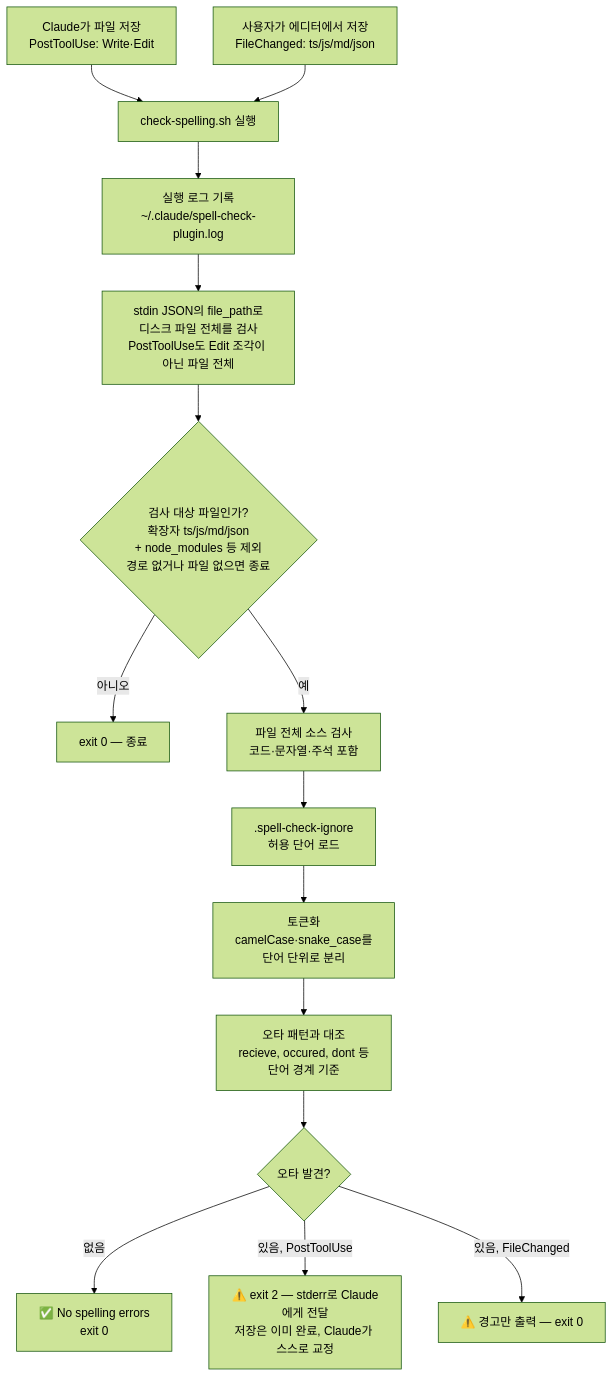
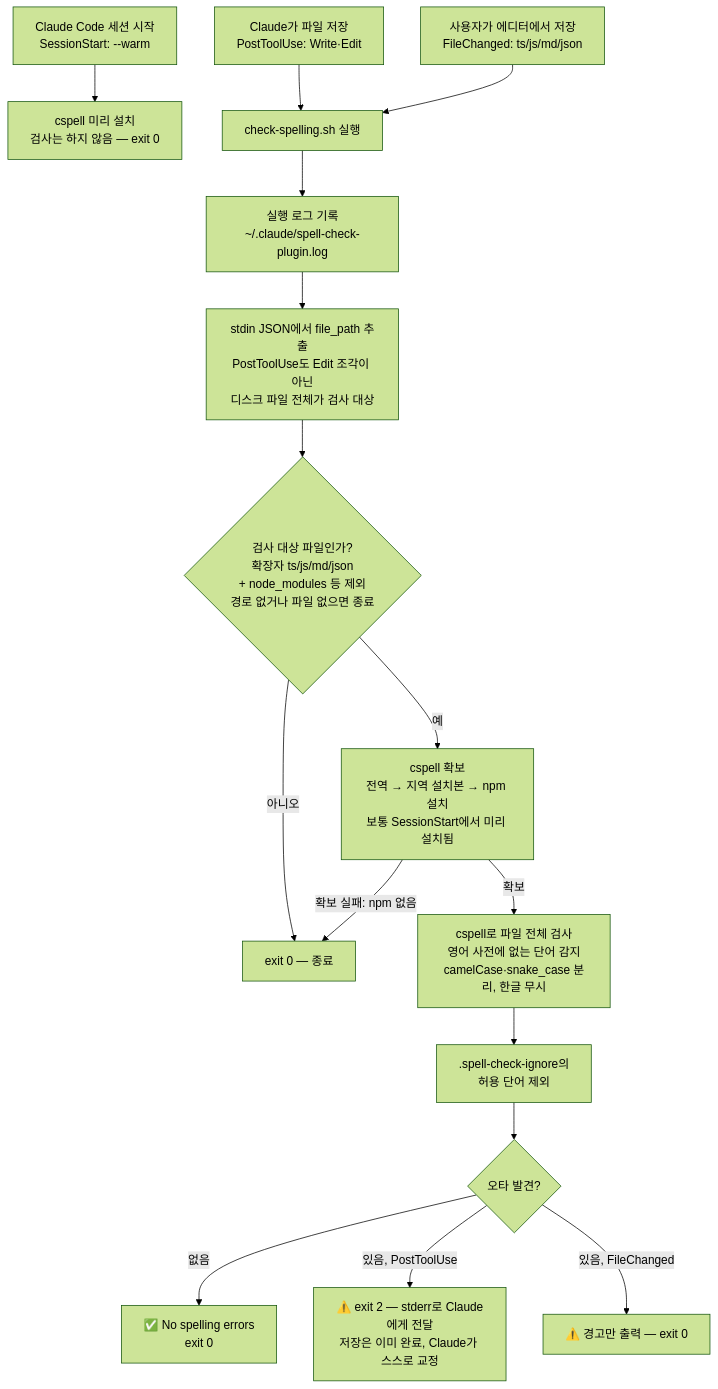
Before and after one commit to simjieun/spell-check-plugin: the diagram in README.md, drawn with Mermaid (forest theme). The commit also changed other lines of this file and 7 other files, not shown here.

````diff
--- a/README.md
+++ b/README.md
@@ -100,17 +100,18 @@
 ```mermaid
 flowchart TD
+    A0[Claude Code 세션 시작<br/>SessionStart: --warm] --> W[cspell 미리 설치<br/>검사는 하지 않음 — exit 0]
     A1[Claude가 파일 저장<br/>PostToolUse: Write·Edit] --> B[check-spelling.sh 실행]
     A2[사용자가 에디터에서 저장<br/>FileChanged: ts/js/md/json] --> B
     B --> LOG[실행 로그 기록<br/>~/.claude/spell-check-plugin.log]
-    LOG --> C[stdin JSON의 file_path로<br/>디스크 파일 전체를 검사<br/>PostToolUse도 Edit 조각이 아닌 파일 전체]
+    LOG --> C[stdin JSON에서 file_path 추출<br/>PostToolUse도 Edit 조각이 아닌<br/>디스크 파일 전체가 검사 대상]
     C --> F{검사 대상 파일인가?<br/>확장자 ts/js/md/json<br/>+ node_modules 등 제외<br/>경로 없거나 파일 없으면 종료}
     F -->|아니오| G[exit 0 — 종료]
-    F -->|예| H[파일 전체 소스 검사<br/>코드·문자열·주석 포함]
-    H --> I[.spell-check-ignore<br/>허용 단어 로드]
-    I --> T[토큰화<br/>camelCase·snake_case를<br/>단어 단위로 분리]
-    T --> J[오타 패턴과 대조<br/>recieve, occured, dont 등<br/>단어 경계 기준]
-    J --> K{오타 발견?}
+    F -->|예| E[cspell 확보<br/>전역 → 지역 설치본 → npm 설치<br/>보통 SessionStart에서 미리 설치됨]
+    E -->|확보 실패: npm 없음| G
+    E -->|확보| H[cspell로 파일 전체 검사<br/>영어 사전에 없는 단어 감지<br/>camelCase·snake_case 분리, 한글 무시]
+    H --> I[.spell-check-ignore의<br/>허용 단어 제외]
+    I --> K{오타 발견?}
     K -->|없음| L[✅ No spelling errors<br/>exit 0]
     K -->|있음, PostToolUse| M[⚠️ exit 2 — stderr로 Claude에게 전달<br/>저장은 이미 완료, Claude가 스스로 교정]
     K -->|있음, FileChanged| N[⚠️ 경고만 출력 — exit 0]
 ```
````
